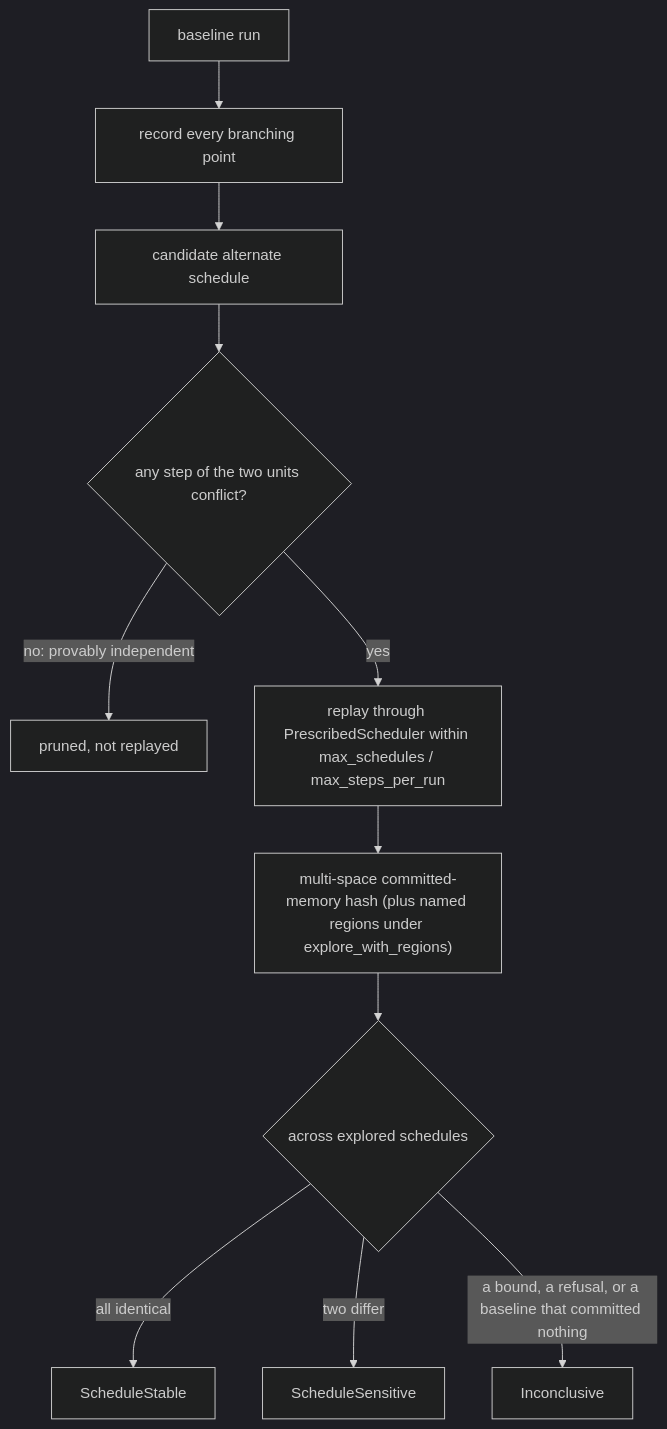
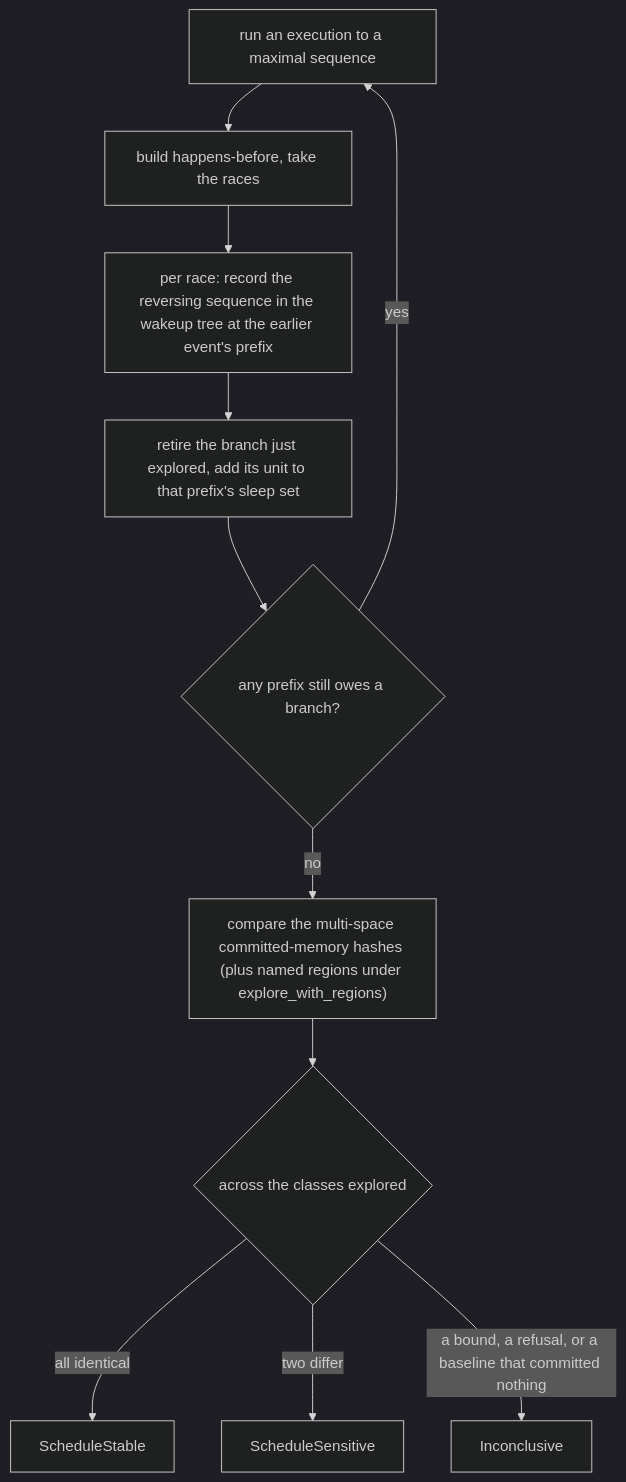
One commit to RoyalAce22/CellGov changed the diagram in docs/architecture/schedule_exploration.md. Above: the diagram before and after it, drawn with Mermaid (dark theme). The commit also changed other lines of this file and 30 other files, not shown here.

Commit message:
feat(explore,exec): optimal reduction replaces branching-point enumeration

````diff
--- a/docs/architecture/schedule_exploration.md
+++ b/docs/architecture/schedule_exploration.md
@@ -21,13 +31,13 @@
 ```mermaid
 flowchart TD
-  base["baseline run"] --> bp["record every branching point"]
-  bp --> alt["candidate alternate schedule"]
-  alt --> fp{"any step of the two units conflict?"}
-  fp -->|"no: provably independent"| prune["pruned, not replayed"]
-  fp -->|yes| replay["replay through PrescribedScheduler within max_schedules / max_steps_per_run"]
-  replay --> hash["multi-space committed-memory hash (plus named regions under explore_with_regions)"]
-  hash --> cls{"across explored schedules"}
+  run["run an execution to a maximal sequence"] --> races["build happens-before, take the races"]
+  races --> owe["per race: record the reversing sequence in the wakeup tree at the earlier event's prefix"]
+  owe --> back["retire the branch just explored, add its unit to that prefix's sleep set"]
+  back --> next{"any prefix still owes a branch?"}
+  next -->|yes| run
+  next -->|no| hash["compare the multi-space committed-memory hashes (plus named regions under explore_with_regions)"]
+  hash --> cls{"across the classes explored"}
   cls -->|all identical| stable["ScheduleStable"]
   cls -->|two differ| sens["ScheduleSensitive"]
   cls -->|"a bound, a refusal, or a baseline that committed nothing"| inc["Inconclusive"]
 ```
````
